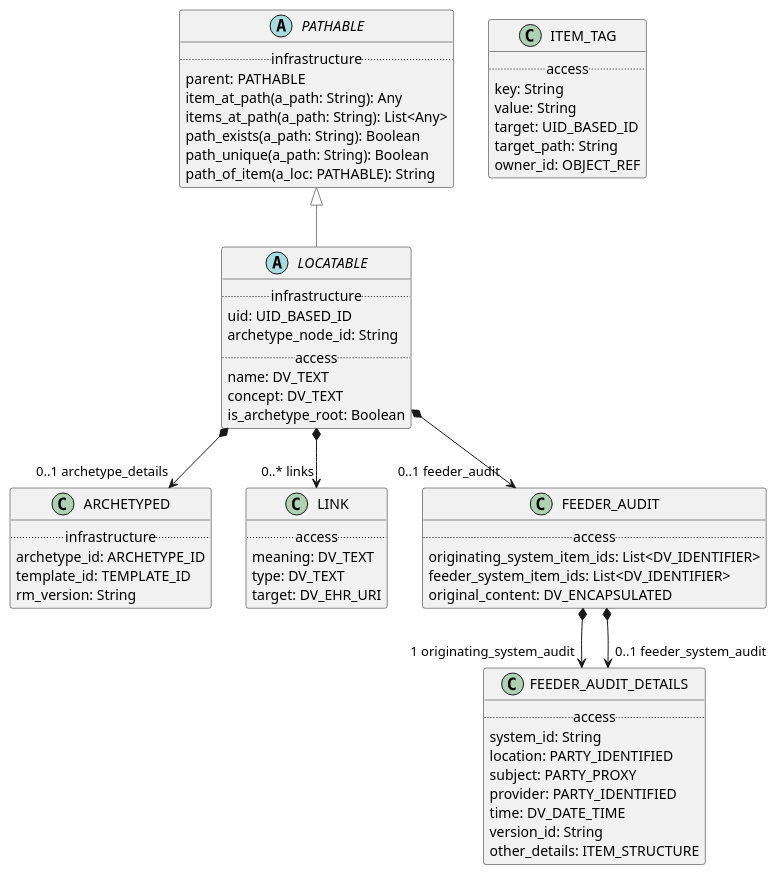
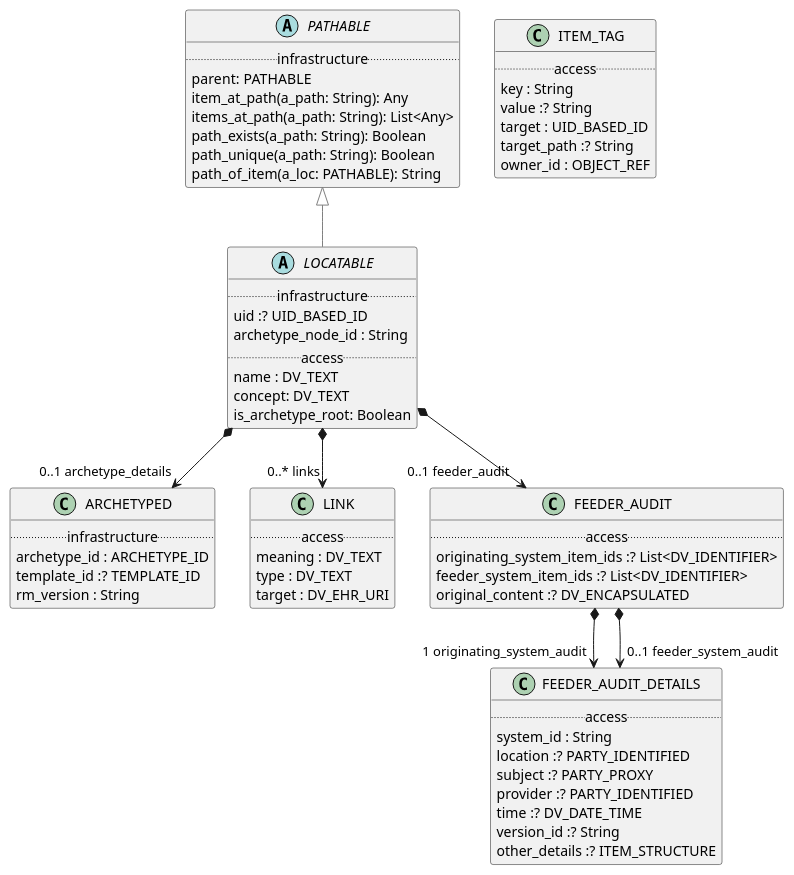
Before and after one commit to wolandscat/openehr-doc: the diagram in modules/ROOT/examples/bmm/representation/data_marking/data_marking-package-uml.adoc, drawn with PlantUML. The commit also changed 1814 other files, not shown here.

```diff
--- a/modules/ROOT/examples/bmm/representation/data_marking/data_marking-package-uml.adoc
+++ b/modules/ROOT/examples/bmm/representation/data_marking/data_marking-package-uml.adoc
@@ -16,13 +16,12 @@
         path_of_item(a_loc: PATHABLE): String
 }
 
-
 abstract class LOCATABLE [[/openehr-doc/latest/representation/data_marking-gen.html#_class_locatable]] {
         .. infrastructure ..
-        uid: UID_BASED_ID
-        archetype_node_id: String
+        uid :? UID_BASED_ID
+        archetype_node_id : String
         .. access ..
-        name: DV_TEXT
+        name : DV_TEXT
         concept: DV_TEXT
         is_archetype_root: Boolean
 }
@@ -38,41 +37,37 @@
 
 class ITEM_TAG [[/openehr-doc/latest/representation/data_marking-gen.html#_class_item_tag]] {
         .. access ..
-        key: String
-        value: String
-        target: UID_BASED_ID
-        target_path: String
-        owner_id: OBJECT_REF
+        key : String
+        value :? String
+        target : UID_BASED_ID
+        target_path :? String
+        owner_id : OBJECT_REF
 }
-
 
 class LINK [[/openehr-doc/latest/representation/data_marking-gen.html#_class_link]] {
         .. access ..
-        meaning: DV_TEXT
-        type: DV_TEXT
-        target: DV_EHR_URI
+        meaning : DV_TEXT
+        type : DV_TEXT
+        target : DV_EHR_URI
 }
-
 
 class FEEDER_AUDIT_DETAILS [[/openehr-doc/latest/representation/data_marking-gen.html#_class_feeder_audit_details]] {
         .. access ..
-        system_id: String
-        location: PARTY_IDENTIFIED
-        subject: PARTY_PROXY
-        provider: PARTY_IDENTIFIED
-        time: DV_DATE_TIME
-        version_id: String
-        other_details: ITEM_STRUCTURE
+        system_id : String
+        location :? PARTY_IDENTIFIED
+        subject :? PARTY_PROXY
+        provider :? PARTY_IDENTIFIED
+        time :? DV_DATE_TIME
+        version_id :? String
+        other_details :? ITEM_STRUCTURE
 }
-
 
 class FEEDER_AUDIT [[/openehr-doc/latest/representation/data_marking-gen.html#_class_feeder_audit]] {
         .. access ..
-        originating_system_item_ids: List<DV_IDENTIFIER>
-        feeder_system_item_ids: List<DV_IDENTIFIER>
-        original_content: DV_ENCAPSULATED
+        originating_system_item_ids :? List<DV_IDENTIFIER>
+        feeder_system_item_ids :? List<DV_IDENTIFIER>
+        original_content :? DV_ENCAPSULATED
 }
-
 
 FEEDER_AUDIT *--> "1 originating_system_audit" FEEDER_AUDIT_DETAILS
 
@@ -80,10 +75,9 @@
 
 class ARCHETYPED [[/openehr-doc/latest/representation/data_marking-gen.html#_class_archetyped]] {
         .. infrastructure ..
-        archetype_id: ARCHETYPE_ID
-        template_id: TEMPLATE_ID
-        rm_version: String
+        archetype_id : ARCHETYPE_ID
+        template_id :? TEMPLATE_ID
+        rm_version : String
 }
 
-
 ....
```
